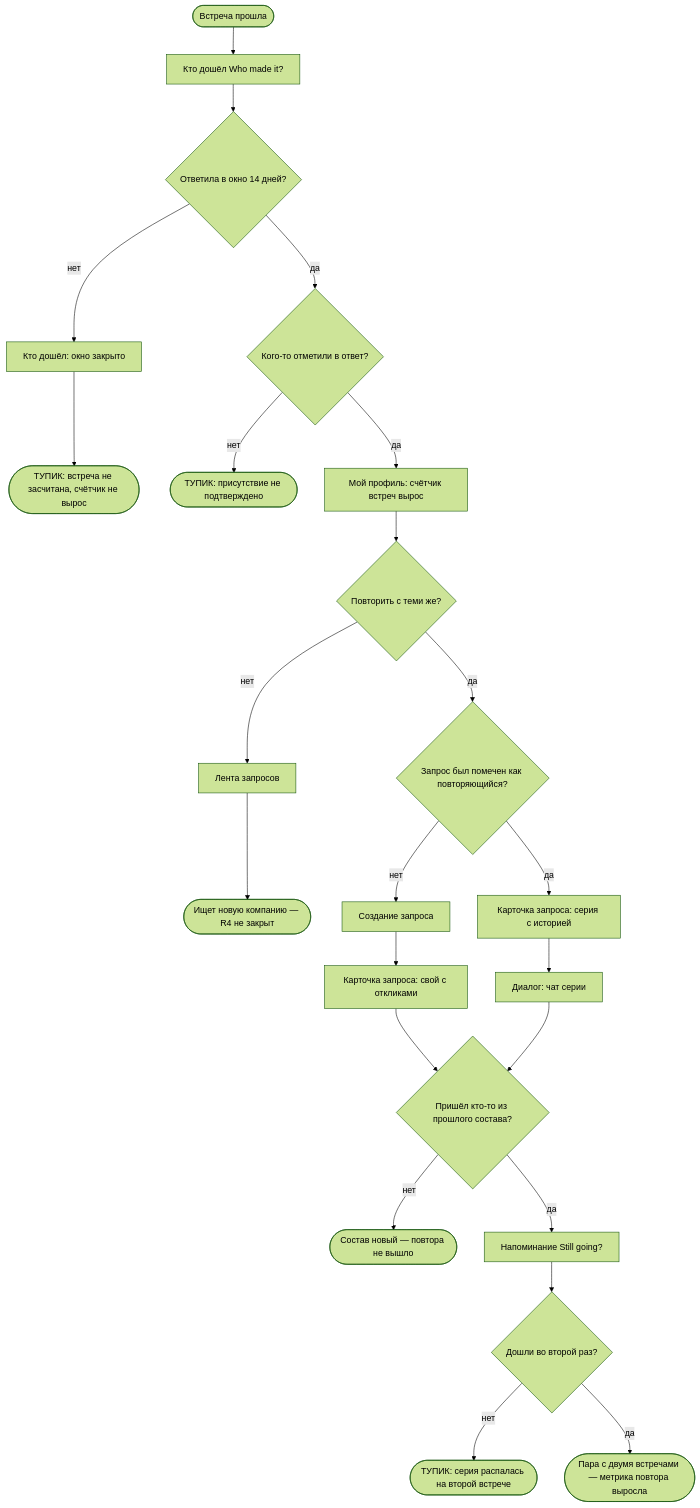
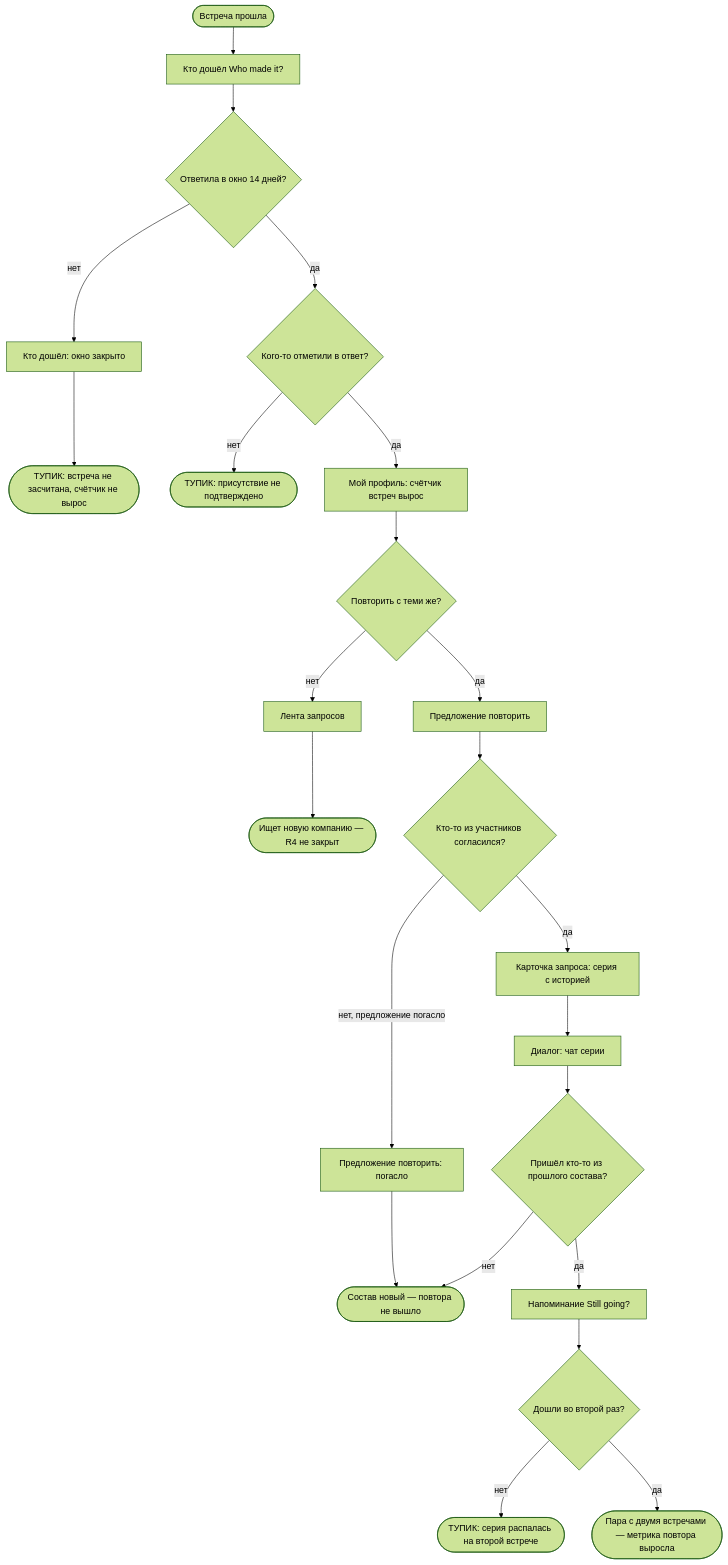
The third of 4 diagrams in flows.md (yulyaklim16-spec/meetmates), drawn with Mermaid (forest theme) before and after one commit. The commit also changed other lines of this file and 3 other files, not shown here.

````diff
--- a/flows.md
+++ b/flows.md
@@ -195,28 +198,28 @@
 ```mermaid
 flowchart TD
     A(["Встреча прошла"]) --> B["Кто дошёл Who made it?"]
     B --> C{"Ответила в окно 14 дней?"}
     C -->|нет| D["Кто дошёл: окно закрыто"]
     D --> E(["ТУПИК: встреча не засчитана, счётчик не вырос"])
     C -->|да| F{"Кого-то отметили в ответ?"}
     F -->|нет| G(["ТУПИК: присутствие не подтверждено"])
     F -->|да| H["Мой профиль: счётчик встреч вырос"]
 
     H --> I{"Повторить с теми же?"}
     I -->|нет| J["Лента запросов"]
     J --> K(["Ищет новую компанию — R4 не закрыт"])
-    I -->|да| L{"Запрос был помечен как повторяющийся?"}
+    I -->|да| L["Предложение повторить"]
 
-    L -->|нет| M["Создание запроса"]
-    M --> N["Карточка запроса: свой с откликами"]
-    N --> O{"Пришёл кто-то из прошлого состава?"}
-    L -->|да| P["Карточка запроса: серия с историей"]
+    L --> M{"Кто-то из участников согласился?"}
+    M -->|нет, предложение погасло| M2["Предложение повторить: погасло"]
+    M2 --> R
+    M -->|да| P["Карточка запроса: серия с историей"]
     P --> Q["Диалог: чат серии"]
-    Q --> O
+    Q --> O{"Пришёл кто-то из прошлого состава?"}
 
     O -->|нет| R(["Состав новый — повтора не вышло"])
     O -->|да| S["Напоминание Still going?"]
     S --> T{"Дошли во второй раз?"}
     T -->|нет| U(["ТУПИК: серия распалась на второй встрече"])
     T -->|да| V(["Пара с двумя встречами — метрика повтора выросла"])
 ```
````
